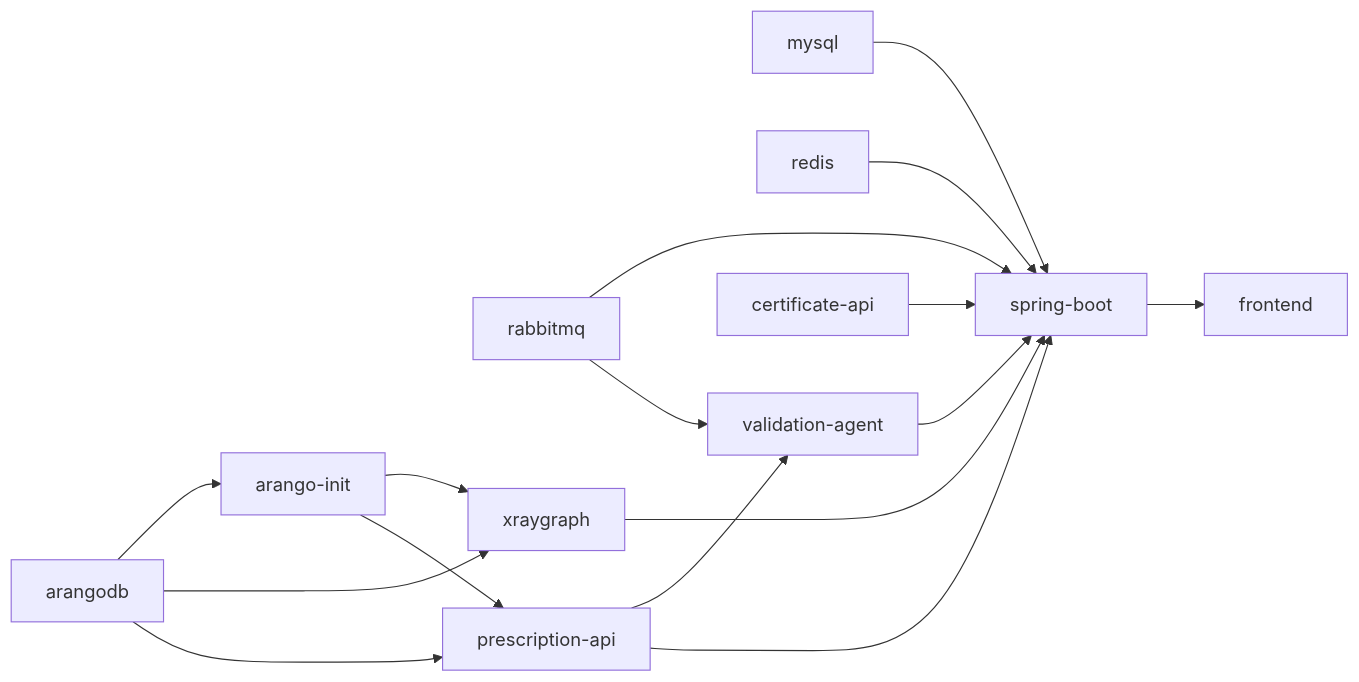
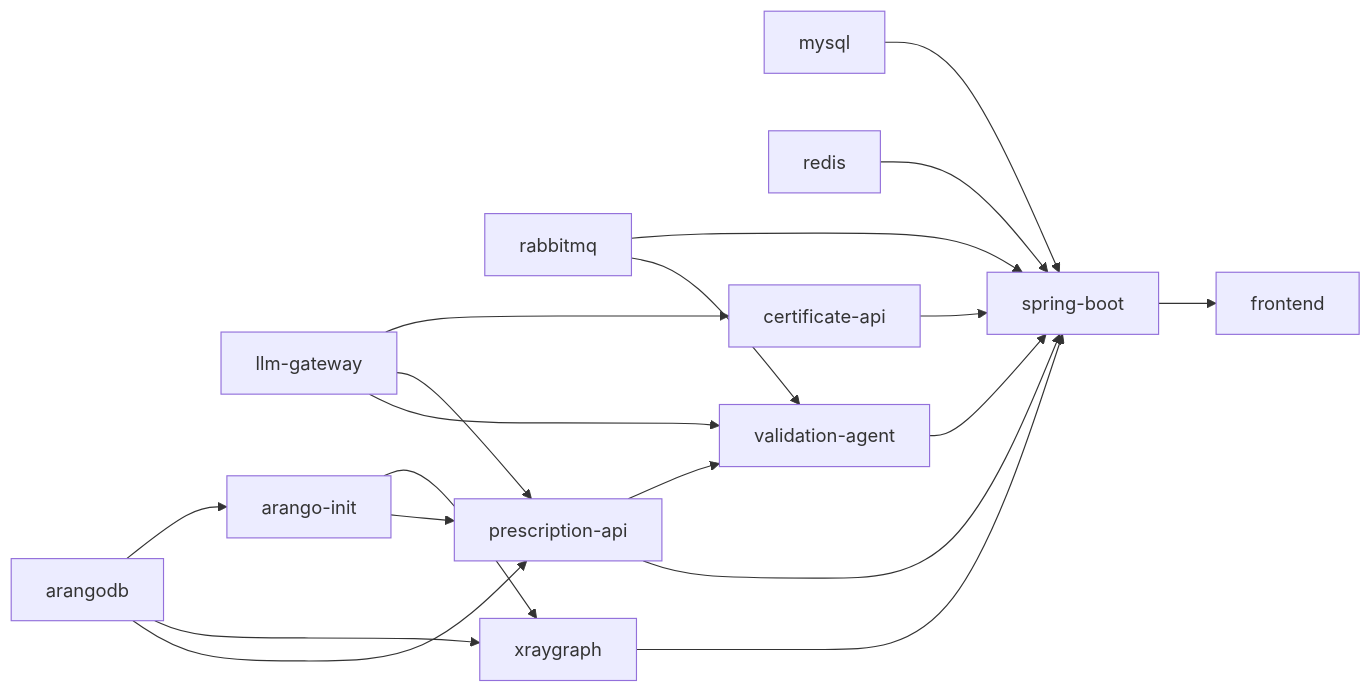
One commit to kjbddo/bitcomputer-emr changed the second of 3 diagrams in Docs/01-system-architecture.md. Above: the diagram before and after it, drawn with Mermaid. The commit also changed other lines of this file and 11 other files, not shown here.

````diff
--- a/Docs/01-system-architecture.md
+++ b/Docs/01-system-architecture.md
@@ -81,18 +91,21 @@
 ```mermaid
 flowchart LR
   MySQL[mysql] --> Spring[spring-boot]
   Redis[redis] --> Spring
   Rabbit[rabbitmq] --> Spring
   Rabbit --> Val[validation-agent]
+  GW[llm-gateway] --> Cert
+  GW --> Rx
+  GW --> Val
   Arango[arangodb] --> Init[arango-init]
   Arango --> Xray[xraygraph]
   Init --> Xray
   Arango --> Rx[prescription-api]
   Init --> Rx
   Rx --> Val
   Cert[certificate-api] --> Spring
   Rx --> Spring
   Xray --> Spring
   Val --> Spring
   Spring --> FE[frontend]
 ```
````
